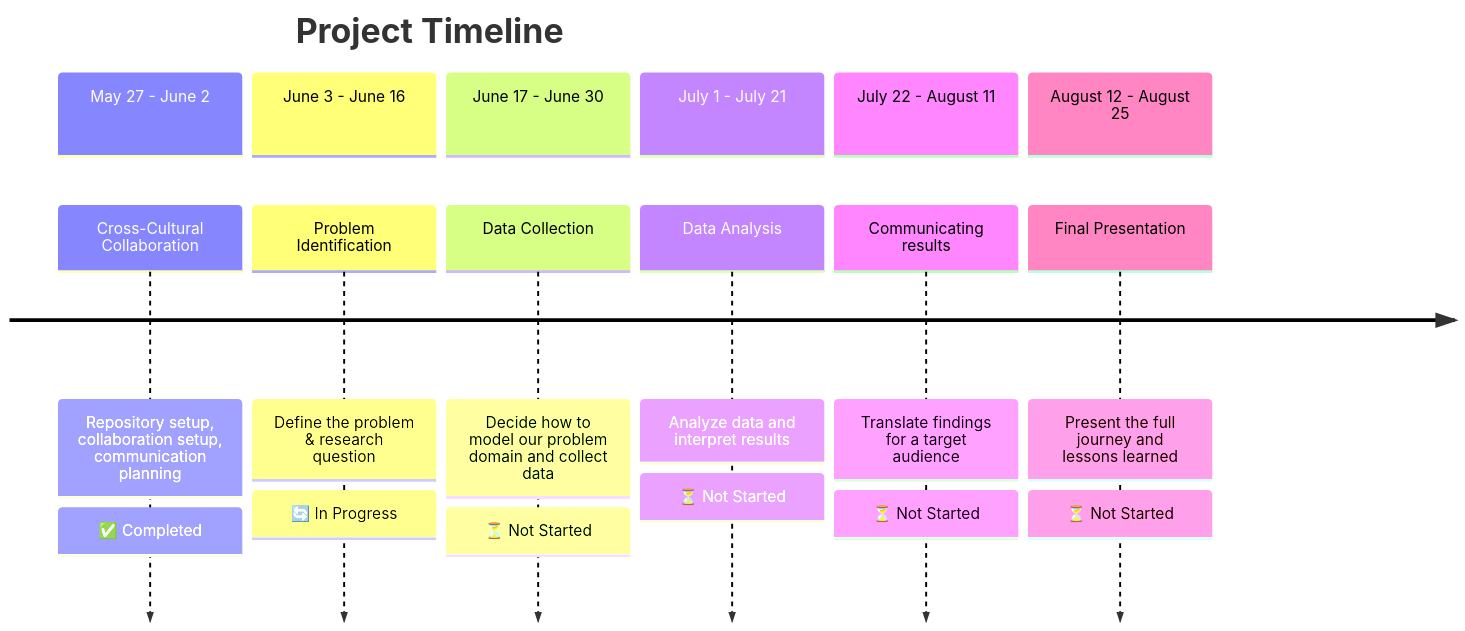
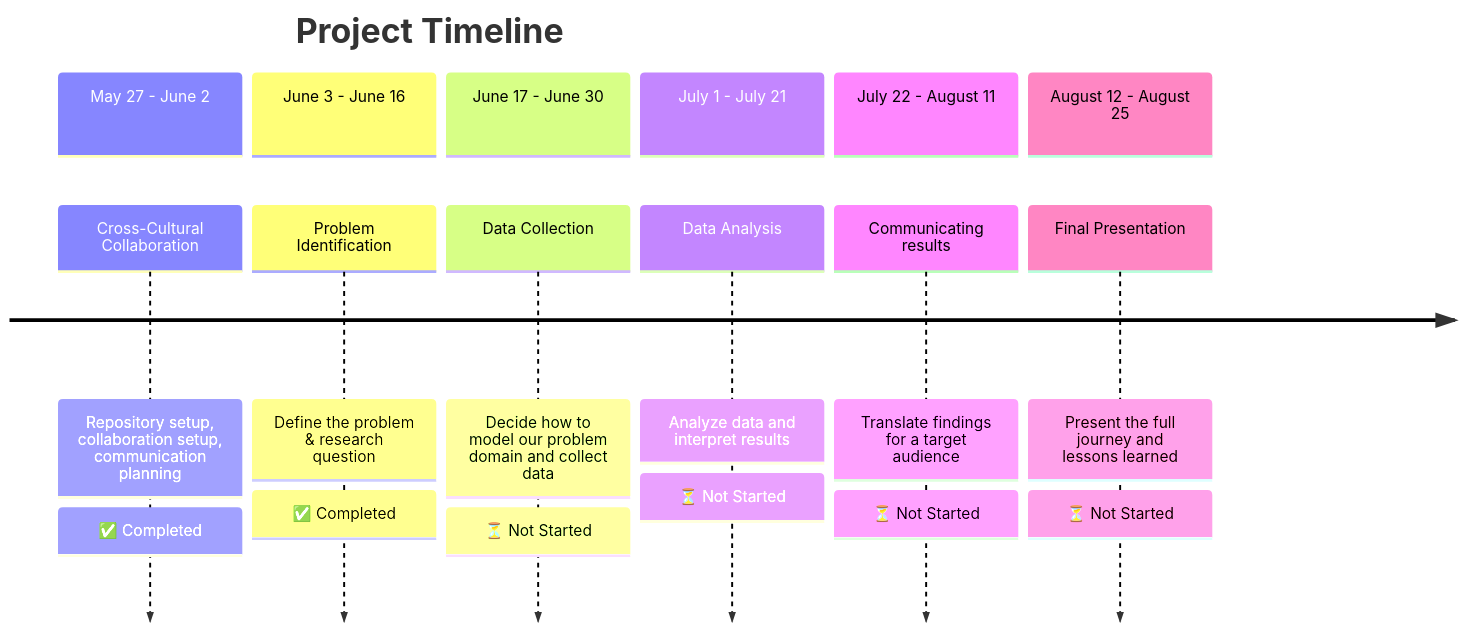
One commit to MIT-Emerging-Talent/ET6-CDSP-starter changed the diagram in README.md. Above: the diagram before and after it, drawn with Mermaid. The commit also changed other lines of this file and 1 other file, not shown here.

Commit message:
small fixes to retrospectives and README

````diff
--- a/README.md
+++ b/README.md
@@ -56,22 +56,22 @@
 ```mermaid
 timeline
     title Project Timeline
     section May 27 - June 2
         Cross-Cultural Collaboration :
             Repository setup, collaboration setup, communication planning : ✅ Completed
     section June 3 - June 16
         Problem Identification :
-            Define the problem & research question : 🔄 In Progress
+            Define the problem & research question : ✅ Completed
     section June 17 - June 30
         Data Collection :
             Decide how to model our problem domain and collect data : ⏳ Not Started
     section July 1 - July 21
         Data Analysis:
             Analyze data and interpret results : ⏳ Not Started
     section July 22 - August 11
         Communicating results:
             Translate findings for a target audience : ⏳ Not Started
     section August 12 - August 25
         Final Presentation:
             Present the full journey and lessons learned : ⏳ Not Started
 ```
````
